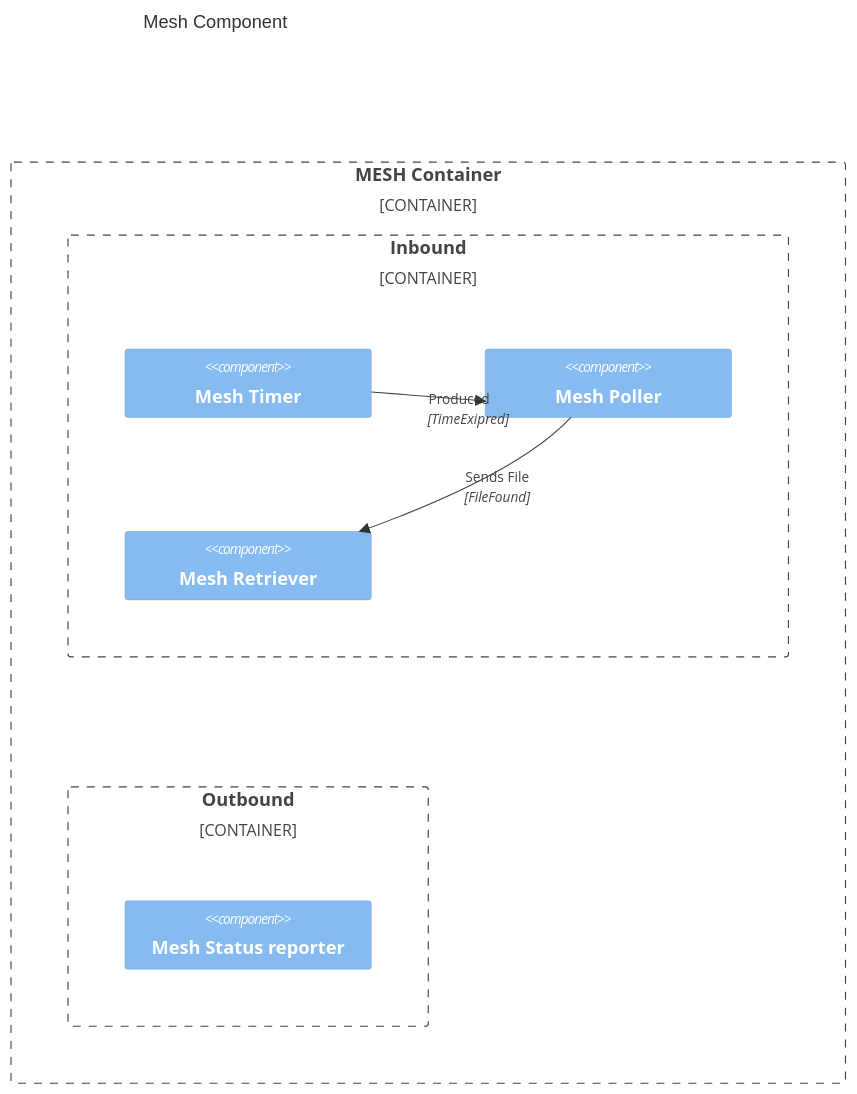
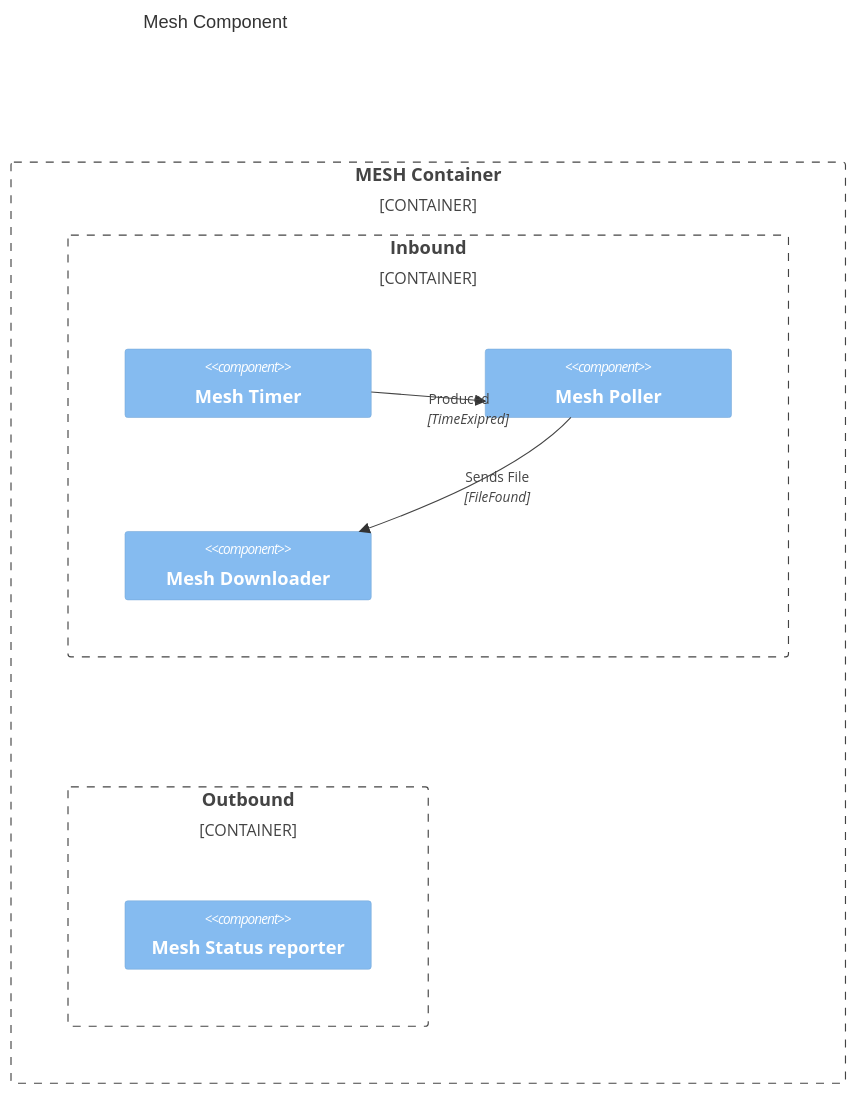
One commit to NHSDigital/nhs-notify-digital-letters changed the diagram in docs/collections/_diagrams/c4component-mesh.md. Above: the diagram before and after it, drawn with Mermaid. The commit also changed 4 other files, not shown here.

Commit message:
Fixed diagram references

````diff
--- a/docs/collections/_diagrams/c4component-mesh.md
+++ b/docs/collections/_diagrams/c4component-mesh.md
@@ -7,25 +7,25 @@
 ```mermaid
     C4Component
     title Mesh Component
     Container_Boundary(meshcontainer, "MESH Container") {
 
         Container_Boundary(inbound, "Inbound"){
          Component(timer, "Mesh Timer")
          Component(poller, "Mesh Poller")
-         Component(retriever, "Mesh Retriever")
+         Component(downloader, "Mesh Downloader")
         }
 
 
 
 
         Container_Boundary(outbound, "Outbound"){
          Component(reporter, "Mesh Status reporter")
         }
 
         Rel(timer, poller, "Produced", "TimeExipred")
-        Rel(poller, retriever, "Sends File", "FileFound")
+        Rel(poller, downloader, "Sends File", "FileFound")
 
 
          UpdateLayoutConfig($c4ShapeInRow="3", $c4BoundaryInRow="1")
     }
 ```
````
